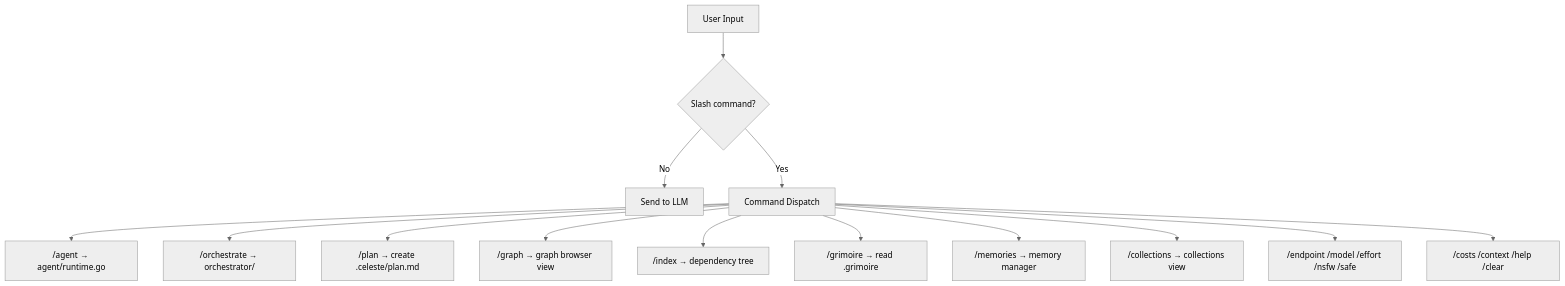
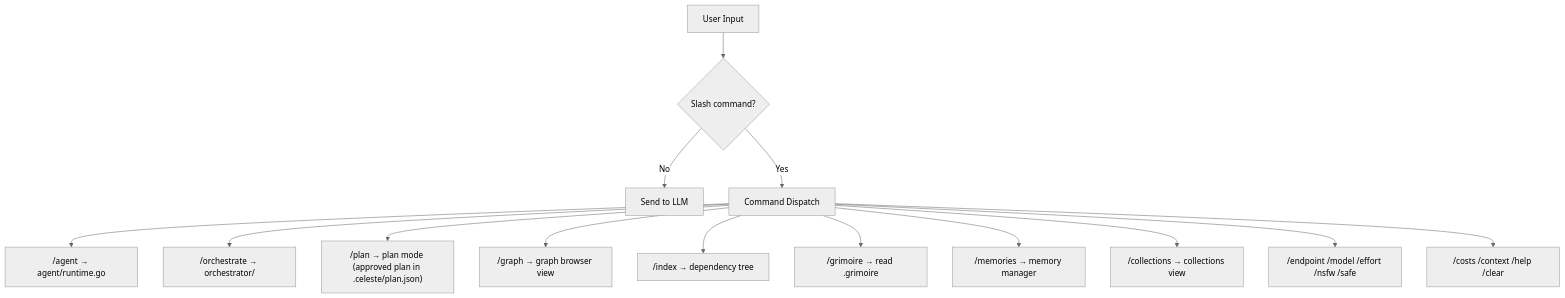
Before and after one commit to whykusanagi/celeste-cli: the first of 5 diagrams in docs/ROUTING.md, drawn with Mermaid (neutral theme). The commit also changed 19 other files, not shown here.

First line of the commit message:
chore(release): 2.0 release prep — MIGRATING pass, docs scrub, owner-signed tag flow (W7) (#294)

````diff
--- a/docs/ROUTING.md
+++ b/docs/ROUTING.md
@@ -9,17 +9,17 @@
 ```mermaid
 flowchart TD
     Input["User Input"] --> Parse{"Slash command?"}
     Parse -->|No| LLM["Send to LLM"]
     Parse -->|Yes| Dispatch["Command Dispatch"]
 
     Dispatch --> Agent["/agent → agent/runtime.go"]
     Dispatch --> Orch["/orchestrate → orchestrator/"]
-    Dispatch --> Plan["/plan → create .celeste/plan.md"]
+    Dispatch --> Plan["/plan → plan mode (approved plan in .celeste/plan.json)"]
     Dispatch --> Graph["/graph → graph browser view"]
     Dispatch --> Index["/index → dependency tree"]
     Dispatch --> Grim["/grimoire → read .grimoire"]
     Dispatch --> Mem["/memories → memory manager"]
     Dispatch --> Coll["/collections → collections view"]
     Dispatch --> Settings["/endpoint /model /effort /nsfw /safe"]
     Dispatch --> Info["/costs /context /help /clear"]
 ```
````
